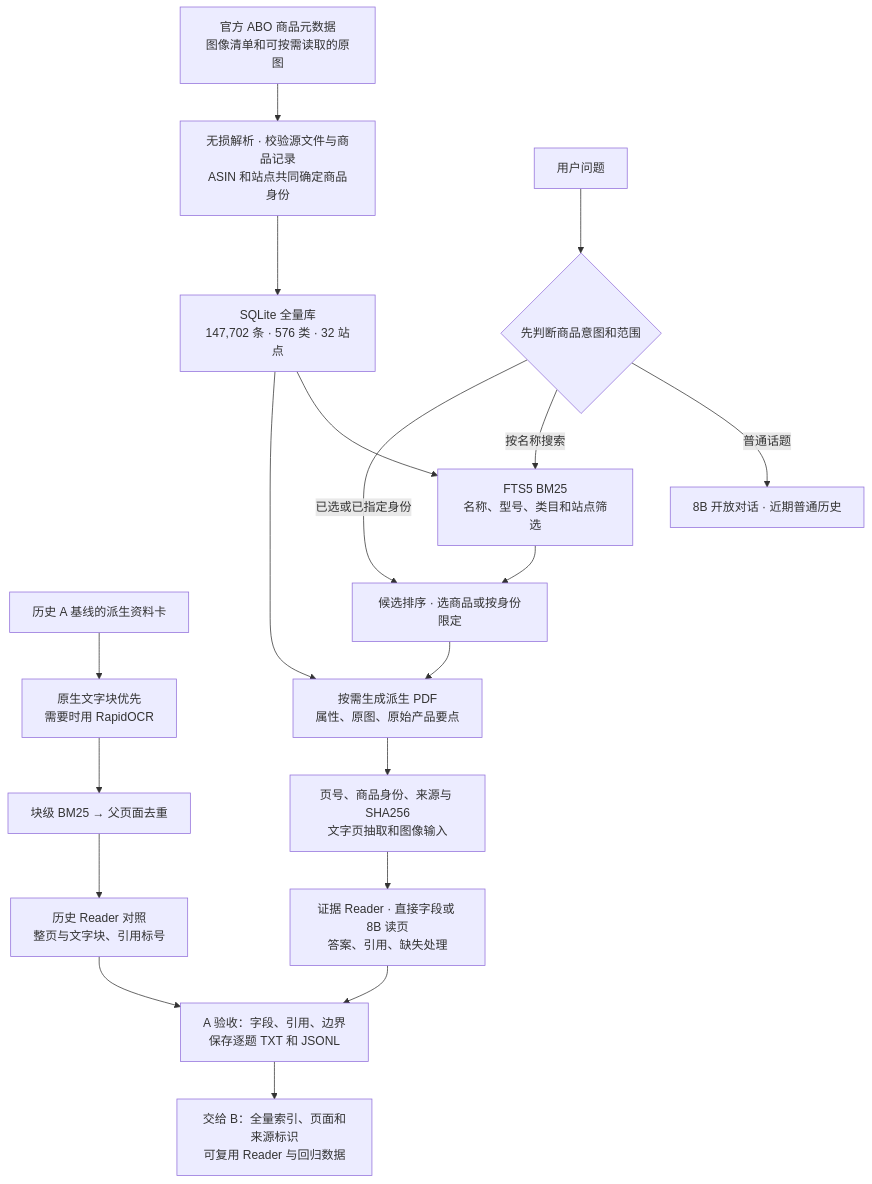
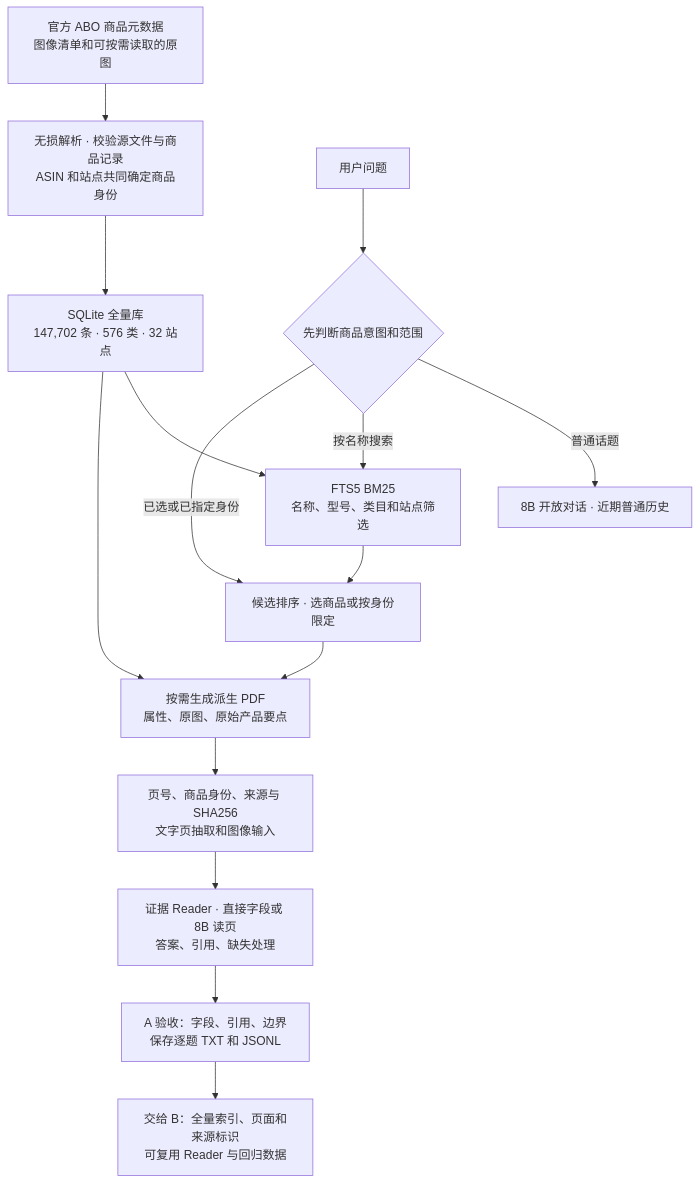
Before and after one commit to AaronYue77/VisRAG: the first of 3 diagrams in personal/ecommerce_rag/docs/A-C架构与流程.md, drawn with Mermaid. The commit also changed other lines of this file and 67 other files, not shown here.

````diff
--- a/personal/ecommerce_rag/docs/A-C架构与流程.md
+++ b/personal/ecommerce_rag/docs/A-C架构与流程.md
@@ -7,21 +7,17 @@
 ```mermaid
 flowchart TD
     src["官方 ABO 商品元数据<br/>图像清单和可按需读取的原图"] --> load["无损解析 · 校验源文件与商品记录<br/>ASIN 和站点共同确定商品身份"]
     load --> store["SQLite 全量库<br/>147,702 条 · 576 类 · 32 站点"]
     store --> fts["FTS5 BM25<br/>名称、型号、类目和站点筛选"]
     store --> cards["按需生成派生 PDF<br/>属性、原图、原始产品要点"]
     cards --> pages["页号、商品身份、来源与 SHA256<br/>文字页抽取和图像输入"]
-    docs["历史 A 基线的派生资料卡"] --> text["原生文字块优先<br/>需要时用 RapidOCR"]
-    text --> blocks["块级 BM25 → 父页面去重"]
     query["用户问题"] --> intent{"先判断商品意图和范围"}
     intent -->|普通话题| chat["8B 开放对话 · 近期普通历史"]
     intent -->|按名称搜索| fts
     intent -->|已选或已指定身份| select
     fts --> select["候选排序 · 选商品或按身份限定"]
     select --> cards
     pages --> reader["证据 Reader · 直接字段或 8B 读页<br/>答案、引用、缺失处理"]
-    blocks --> legacy["历史 Reader 对照<br/>整页与文字块、引用标号"]
     reader --> audit["A 验收：字段、引用、边界<br/>保存逐题 TXT 和 JSONL"]
-    legacy --> audit
     audit --> next["交给 B：全量索引、页面和来源标识<br/>可复用 Reader 与回归数据"]
 ```
````
